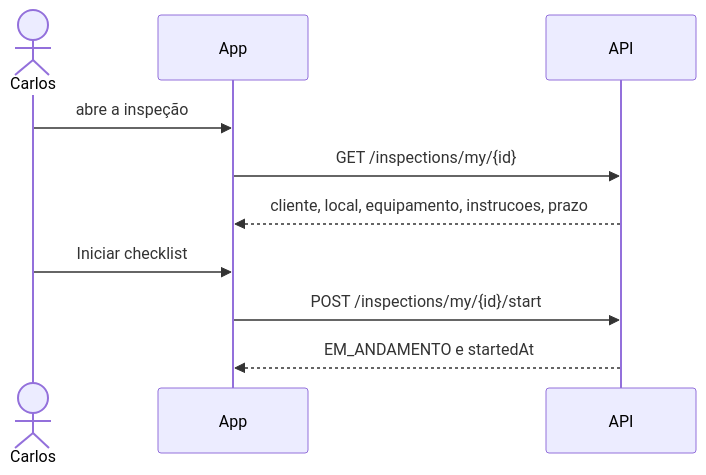
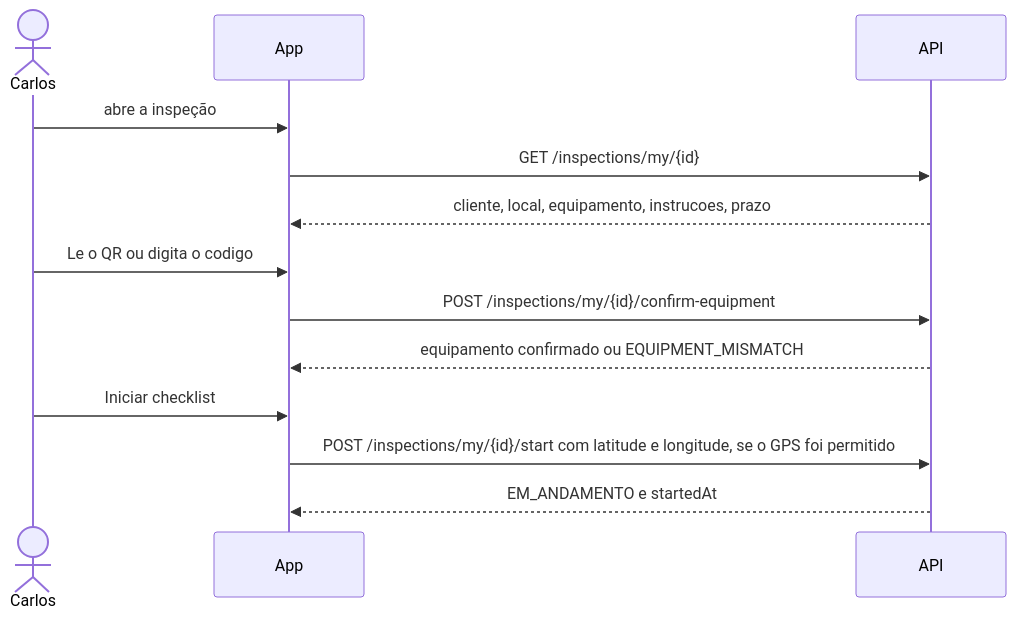
The third of 7 diagrams in FLUXOS/tecnico.md (Project-FieldCore/docs), drawn with Mermaid before and after one commit. The commit also changed other lines of this file, not shown here.

````diff
--- a/FLUXOS/tecnico.md
+++ b/FLUXOS/tecnico.md
@@ -42,12 +42,15 @@
 ```mermaid
 sequenceDiagram
   actor Carlos
   participant App
   participant API
   Carlos->>App: abre a inspeção
   App->>API: GET /inspections/my/{id}
   API-->>App: cliente, local, equipamento, instrucoes, prazo
+  Carlos->>App: Le o QR ou digita o codigo
+  App->>API: POST /inspections/my/{id}/confirm-equipment
+  API-->>App: equipamento confirmado ou EQUIPMENT_MISMATCH
   Carlos->>App: Iniciar checklist
-  App->>API: POST /inspections/my/{id}/start
+  App->>API: POST /inspections/my/{id}/start com latitude e longitude, se o GPS foi permitido
   API-->>App: EM_ANDAMENTO e startedAt
 ```
````
